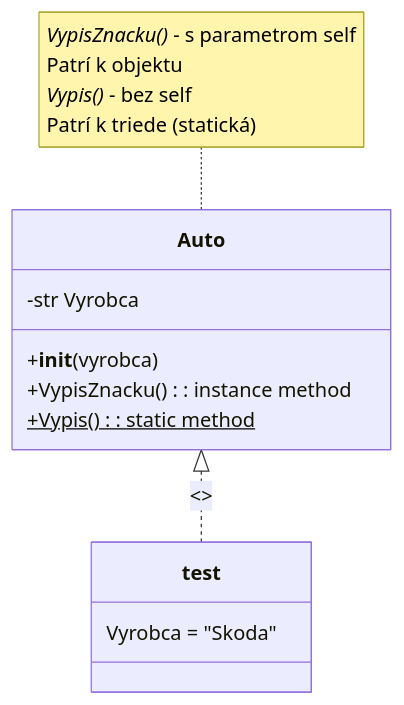
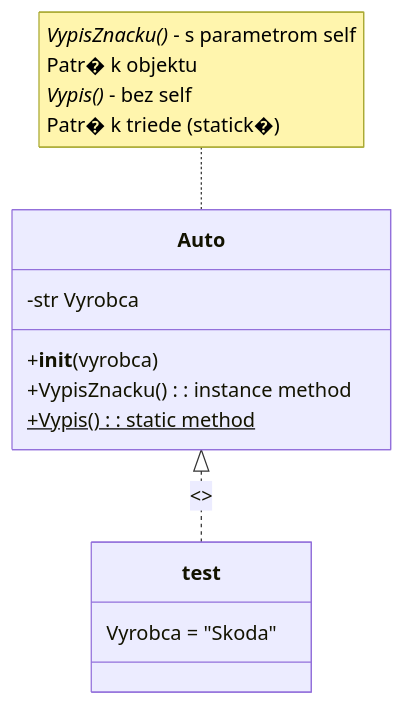
The second of 3 diagrams in Lessons_sk/13_classes_1_sk.md (SpsKnSK/api), drawn with Mermaid before and after one commit. The commit also changed other lines of this file and 136 other files, not shown here.

````diff
--- a/Lessons_sk/13_classes_1_sk.md
+++ b/Lessons_sk/13_classes_1_sk.md
@@ -99,17 +126,17 @@
 ```mermaid
 classDiagram
     class Auto {
         -str Vyrobca
         +__init__(vyrobca)
         +VypisZnacku() : instance method
         +Vypis()$ : static method
     }
     
     class test {
         Vyrobca = "Skoda"
     }
     
     Auto <|.. test : <<instance>>
     
-    note for Auto "*VypisZnacku()* - s parametrom self</br>Patrí k objektu</br>*Vypis()* - bez self</br>Patrí k triede (statická)"
+    note for Auto "*VypisZnacku()* - s parametrom self</br>Patr� k objektu</br>*Vypis()* - bez self</br>Patr� k triede (statick�)"
 ```
````
